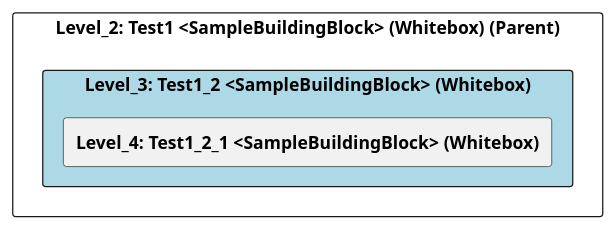
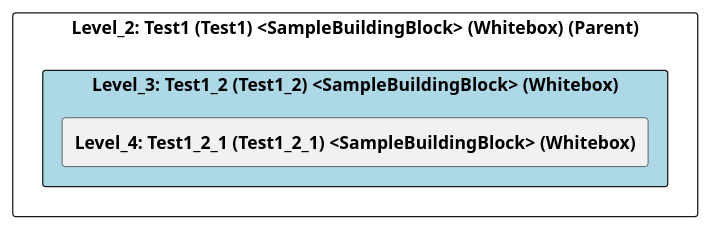
Before and after one commit to marcozwyssig/cleon: the diagram in src/cleon.architecturemethods.arc42.sample/doc/cleon_architecturemethods_arc42_sample_arc42/adoc/en/05_building_block_view/chess/test1/test1_2/level_3_test1_2.adoc, drawn with PlantUML. The commit also changed other lines of this file and 166 other files, not shown here.

```diff
--- a/src/cleon.architecturemethods.arc42.sample/doc/cleon_architecturemethods_arc42_sample_arc42/adoc/en/05_building_block_view/chess/test1/test1_2/level_3_test1_2.adoc
+++ b/src/cleon.architecturemethods.arc42.sample/doc/cleon_architecturemethods_arc42_sample_arc42/adoc/en/05_building_block_view/chess/test1/test1_2/level_3_test1_2.adoc
@@ -20,26 +20,26 @@
-[plantuml, Level_3: Test1_2 <SampleBuildingBlock> (Whitebox)BlockOverview, format="svg"]
+[plantuml, Level_3: Test1_2 (Test1_2) <SampleBuildingBlock> (Whitebox)BlockOverview, format="svg"]
 ----
-@startuml Level_3: Test1_2 <SampleBuildingBlock> (Whitebox)BuildingBlockOverview
+@startuml Level_3: Test1_2 (Test1_2) <SampleBuildingBlock> (Whitebox)BuildingBlockOverview
 
 skinparam ranksep 10
 skinparam componentStyle rectangle
 skinparam shadowing false
 skinparam arrowColor lightblue
 skinparam arrowThickness 1.2
 skinparam rectangle {
   BackgroundColor White
   BorderColor #333
   RoundCorner 10
 }
 top to bottom direction
 
-component "Level_2: Test1 <SampleBuildingBlock> (Whitebox) (Parent)" {
-    component "Level_3: Test1_2 <SampleBuildingBlock> (Whitebox)" #lightblue {
-        [**Level_4: Test1_2_1 <SampleBuildingBlock> (Whitebox)**] as 4965EE24_D579_11EE_903E_9F564E4DE07E
+component "Level_2: Test1 (Test1) <SampleBuildingBlock> (Whitebox) (Parent)" {
+    component "Level_3: Test1_2 (Test1_2) <SampleBuildingBlock> (Whitebox)" #lightblue {
+        [**Level_4: Test1_2_1 (Test1_2_1) <SampleBuildingBlock> (Whitebox)**] as 4965EE24_D579_11EE_903E_9F564E4DE07E
     }
 
     
 }
 
 @enduml
 ----
```
